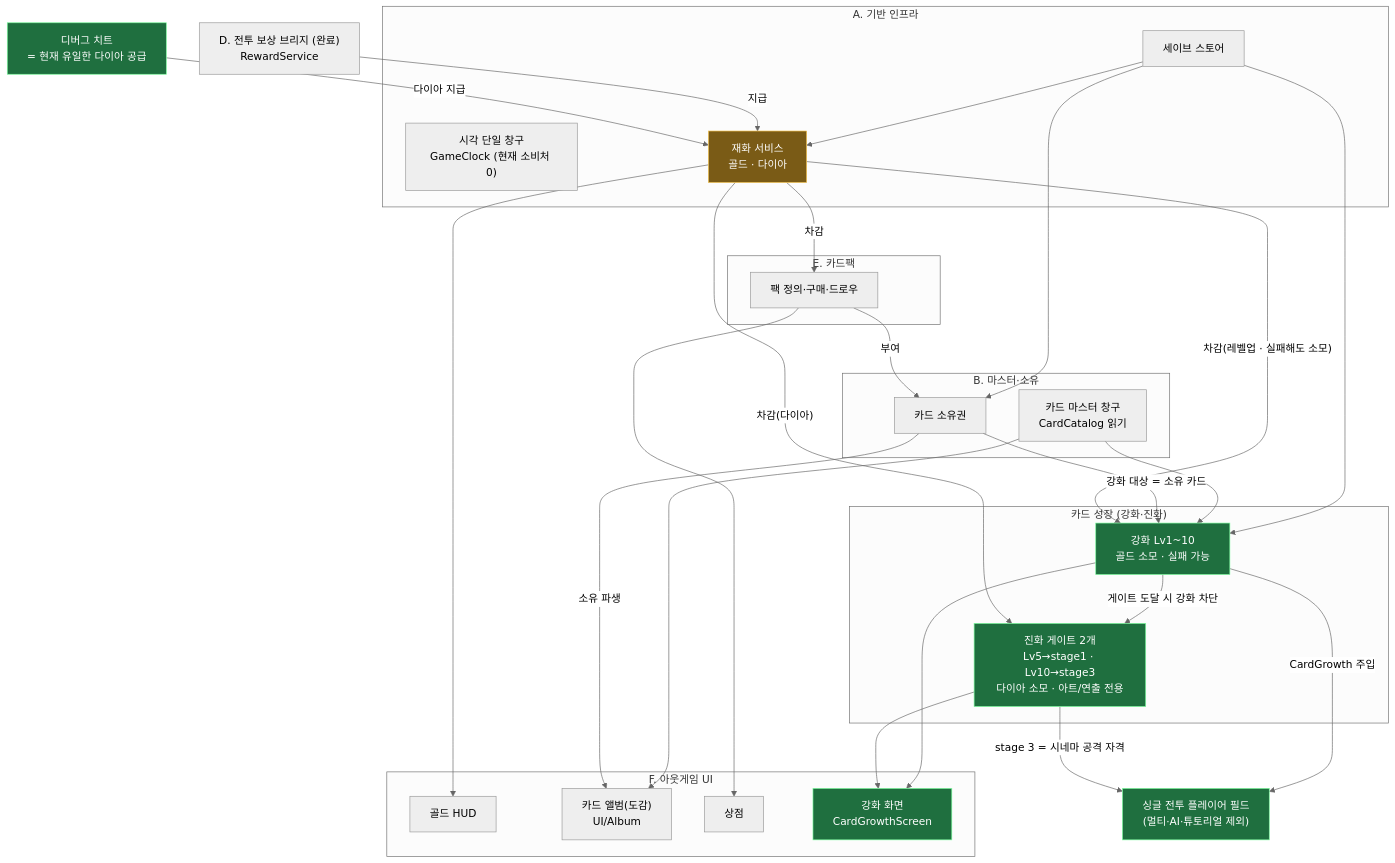
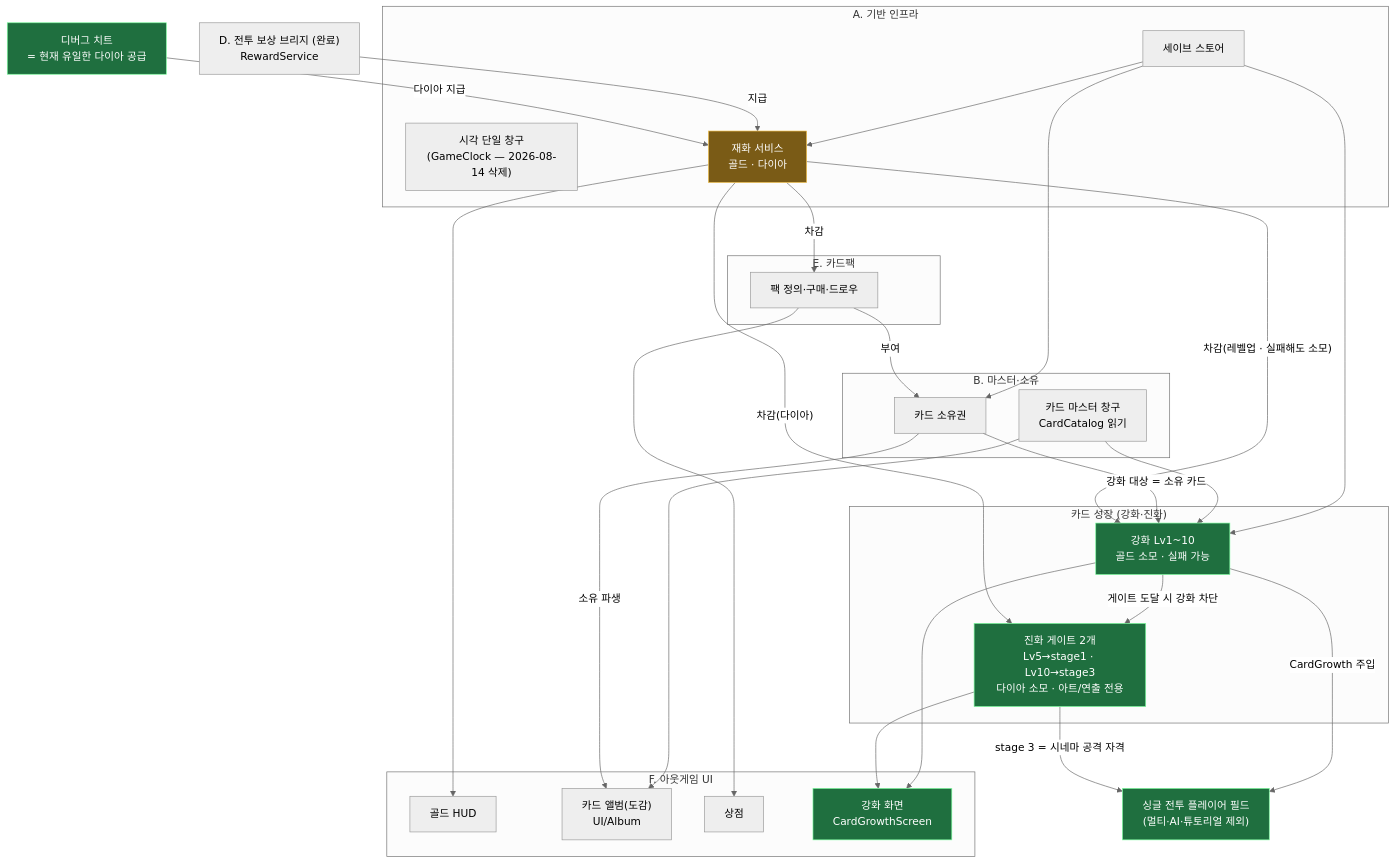
One commit to hspark-maker/TeamfightTCG_Migriation changed the first of 22 diagrams in docs/OutGamePlan/STRUCTURE.md. Above: the diagram before and after it, drawn with Mermaid (neutral theme). The commit also changed other lines of this file and 16 other files, not shown here.

````diff
--- a/docs/OutGamePlan/STRUCTURE.md
+++ b/docs/OutGamePlan/STRUCTURE.md
@@ -10,53 +10,53 @@
 ```mermaid
 flowchart TD
     subgraph GRP_A["A. 기반 인프라"]
         SAVE["세이브 스토어"]
-        TIME["시각 단일 창구<br/>GameClock (현재 소비처 0)"]
+        TIME["시각 단일 창구<br/>(GameClock — 2026-08-14 삭제)"]
         GOLD["재화 서비스<br/>골드 · 다이아"]:::chg
     end
     subgraph GRP_B["B. 마스터·소유"]
         CAT["카드 마스터 창구<br/>CardCatalog 읽기"]
         OWN["카드 소유권"]
     end
     D["D. 전투 보상 브리지 (완료)<br/>RewardService"]
     subgraph GRP_E["E. 카드팩"]
         PACK["팩 정의·구매·드로우"]
     end
     subgraph GRP_GROW["카드 성장 (강화·진화)"]
         GRW["강화 Lv1~10<br/>골드 소모 · 실패 가능"]:::new
         EVO["진화 게이트 2개<br/>Lv5→stage1 · Lv10→stage3<br/>다이아 소모 · 아트/연출 전용"]:::new
     end
     subgraph GRP_F["F. 아웃게임 UI"]
         HUD["골드 HUD"]
         GAL["카드 앨범(도감)<br/>UI/Album"]
         SHOP["상점"]
         GRWUI["강화 화면<br/>CardGrowthScreen"]:::new
     end
     BTL["싱글 전투 플레이어 필드<br/>(멀티·AI·튜토리얼 제외)"]:::new
     DBG["디버그 치트<br/>= 현재 유일한 다이아 공급"]:::new
 
     SAVE --> GOLD
     SAVE --> OWN
     D -->|지급| GOLD
     GOLD -->|차감| PACK
     PACK -->|부여| OWN
     GOLD --> HUD
     CAT --> GAL
     OWN -->|"소유 파생"| GAL
     PACK --> SHOP
 
     SAVE --> GRW
     CAT --> GRW
     OWN -->|"강화 대상 = 소유 카드"| GRW
     GOLD -->|"차감(레벨업 · 실패해도 소모)"| GRW
     GRW -->|"게이트 도달 시 강화 차단"| EVO
     GOLD -->|"차감(다이아)"| EVO
     DBG -->|"다이아 지급"| GOLD
     GRW -->|"CardGrowth 주입"| BTL
     EVO -->|"stage 3 = 시네마 공격 자격"| BTL
     GRW --> GRWUI
     EVO --> GRWUI
 
     classDef new fill:#1f6f3f,stroke:#7CFC9E,color:#fff;
     classDef chg fill:#7a5b16,stroke:#f2c14e,color:#fff;
 ```
````
